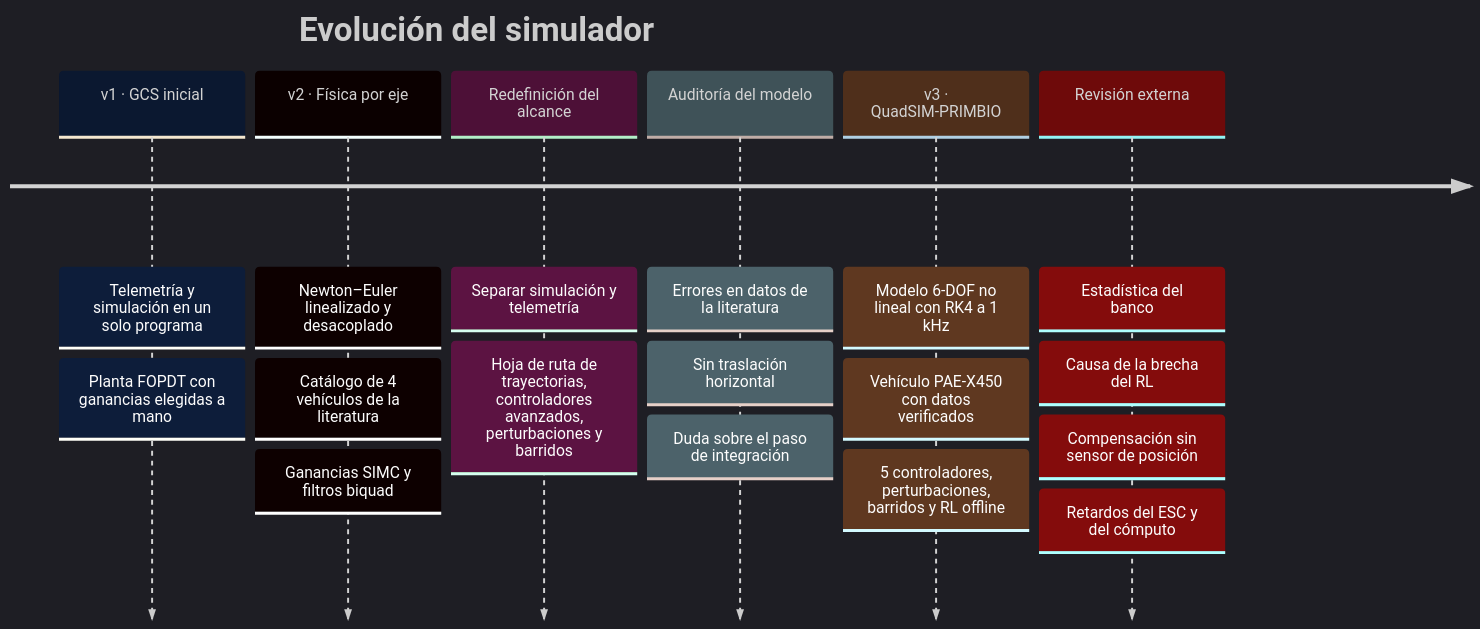
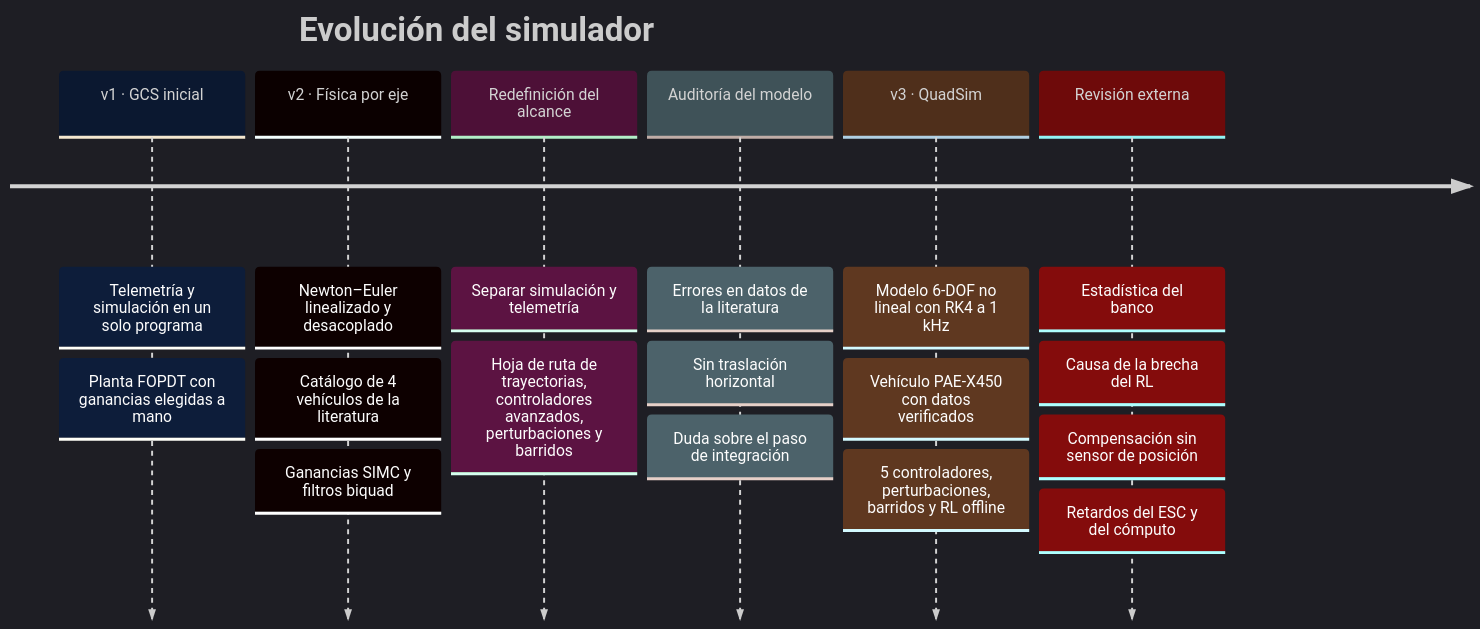
One commit to JesusJacome18/PAE-Quadcopter-SIM changed the first of 2 diagrams in README.md. Above: the diagram before and after it, drawn with Mermaid. The commit also changed other lines of this file and 169 other files, not shown here.

First line of the commit message:
QuadSim 1.0.0

````diff
--- a/README.md
+++ b/README.md
@@ -113,11 +113,11 @@
 ```mermaid
 %%{init: {'theme':'dark', 'themeVariables': {'primaryColor':'#0b1830','primaryTextColor':'#e8f7ff','primaryBorderColor':'#00e5ff','lineColor':'#ff2bd6','fontFamily':'monospace'}}}%%
 timeline
     title Evolución del simulador
     v1 · GCS inicial : Telemetría y simulación en un solo programa : Planta FOPDT con ganancias elegidas a mano
     v2 · Física por eje : Newton–Euler linealizado y desacoplado : Catálogo de 4 vehículos de la literatura : Ganancias SIMC y filtros biquad
     Redefinición del alcance : Separar simulación y telemetría : Hoja de ruta de trayectorias, controladores avanzados, perturbaciones y barridos
     Auditoría del modelo : Errores en datos de la literatura : Sin traslación horizontal : Duda sobre el paso de integración
-    v3 · QuadSIM-PRIMBIO : Modelo 6-DOF no lineal con RK4 a 1 kHz : Vehículo PAE-X450 con datos verificados : 5 controladores, perturbaciones, barridos y RL offline
+    v3 · QuadSim : Modelo 6-DOF no lineal con RK4 a 1 kHz : Vehículo PAE-X450 con datos verificados : 5 controladores, perturbaciones, barridos y RL offline
     Revisión externa : Estadística del banco : Causa de la brecha del RL : Compensación sin sensor de posición : Retardos del ESC y del cómputo
 ```
````
